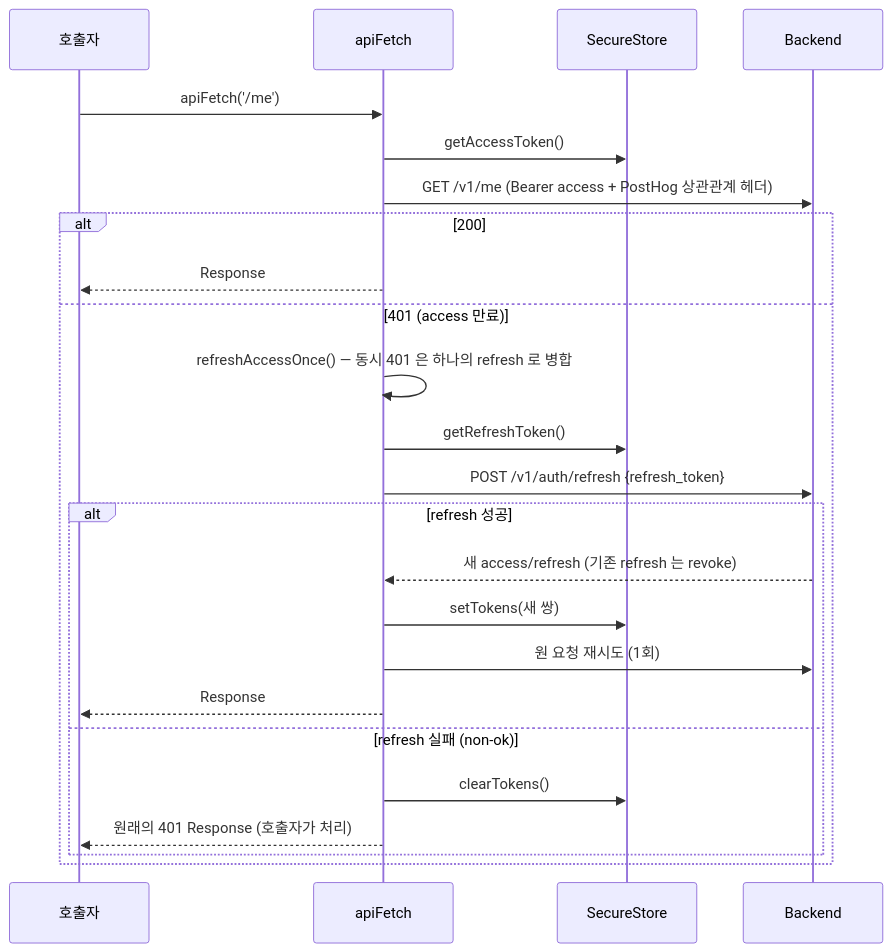
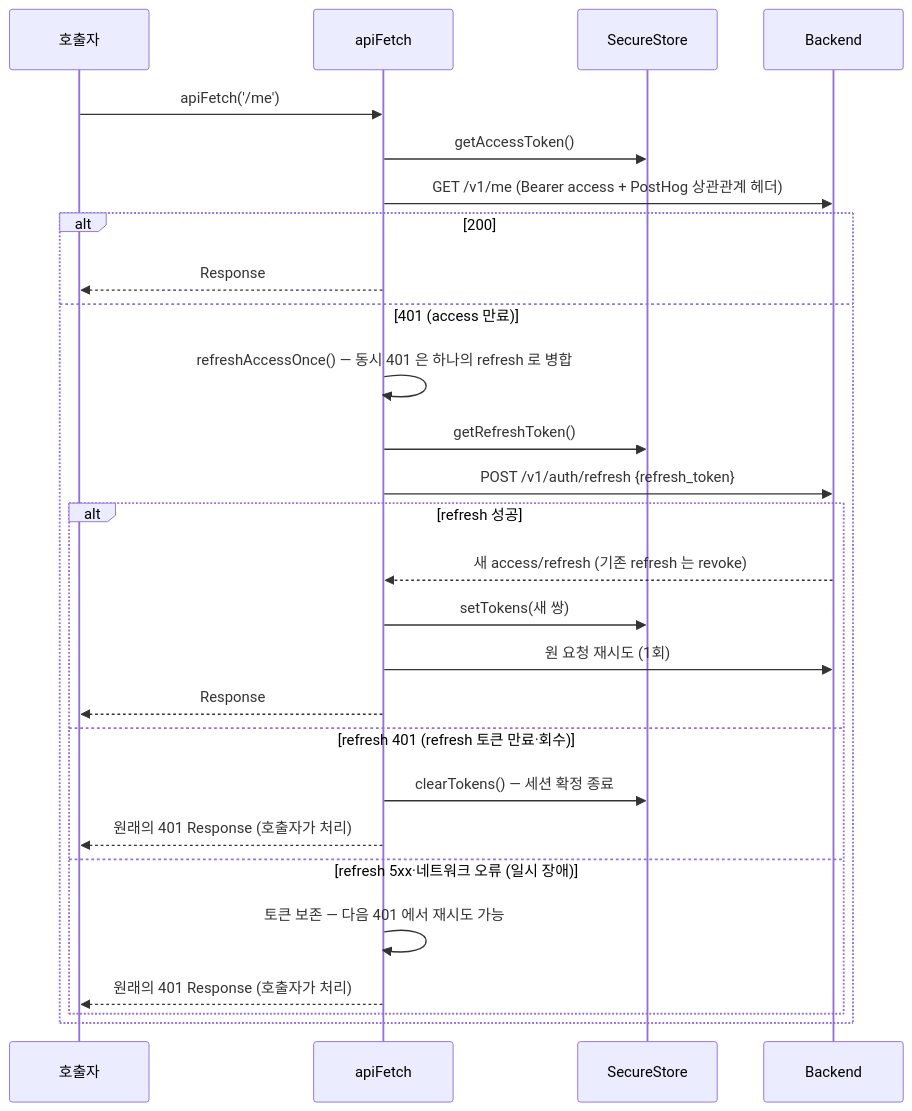
One commit to dlddu/dear-baby changed the second of 2 diagrams in docs/engineering/client-login-process.md. Above: the diagram before and after it, drawn with Mermaid. The commit also changed other lines of this file and 4 other files, not shown here.

````diff
--- a/docs/engineering/client-login-process.md
+++ b/docs/engineering/client-login-process.md
@@ -202,27 +210,30 @@
 ```mermaid
 sequenceDiagram
     participant C as 호출자
     participant F as apiFetch
     participant SS as SecureStore
     participant BE as Backend
 
     C->>F: apiFetch('/me')
     F->>SS: getAccessToken()
     F->>BE: GET /v1/me (Bearer access + PostHog 상관관계 헤더)
     alt 200
         F-->>C: Response
     else 401 (access 만료)
         F->>F: refreshAccessOnce() — 동시 401 은 하나의 refresh 로 병합
         F->>SS: getRefreshToken()
         F->>BE: POST /v1/auth/refresh {refresh_token}
         alt refresh 성공
             BE-->>F: 새 access/refresh (기존 refresh 는 revoke)
             F->>SS: setTokens(새 쌍)
             F->>BE: 원 요청 재시도 (1회)
             F-->>C: Response
-        else refresh 실패 (non-ok)
-            F->>SS: clearTokens()
+        else refresh 401 (refresh 토큰 만료·회수)
+            F->>SS: clearTokens() — 세션 확정 종료
+            F-->>C: 원래의 401 Response (호출자가 처리)
+        else refresh 5xx·네트워크 오류 (일시 장애)
+            F->>F: 토큰 보존 — 다음 401 에서 재시도 가능
             F-->>C: 원래의 401 Response (호출자가 처리)
         end
     end
 ```
````
